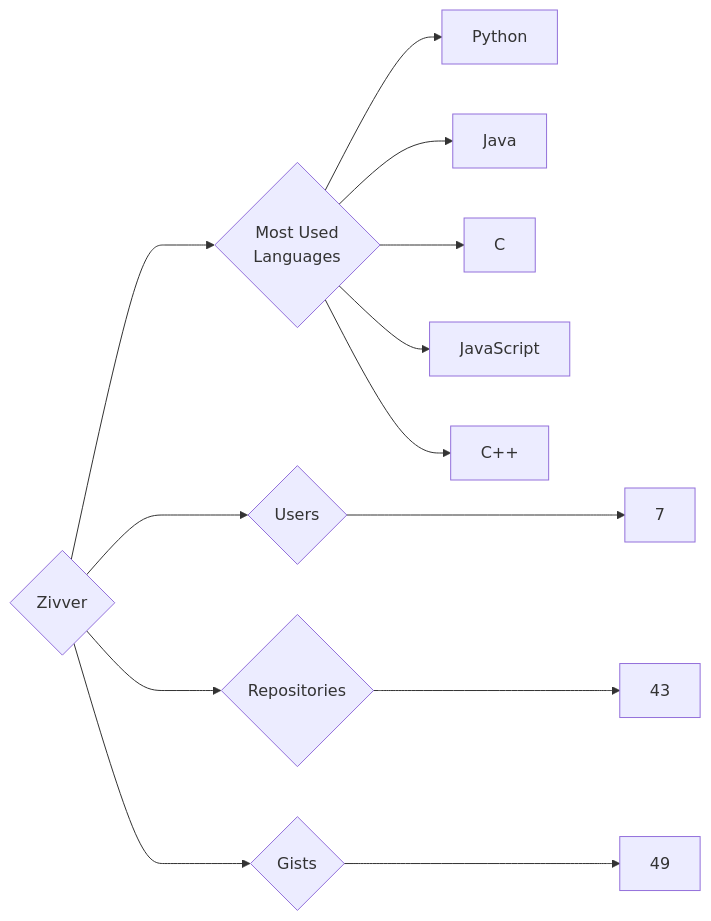
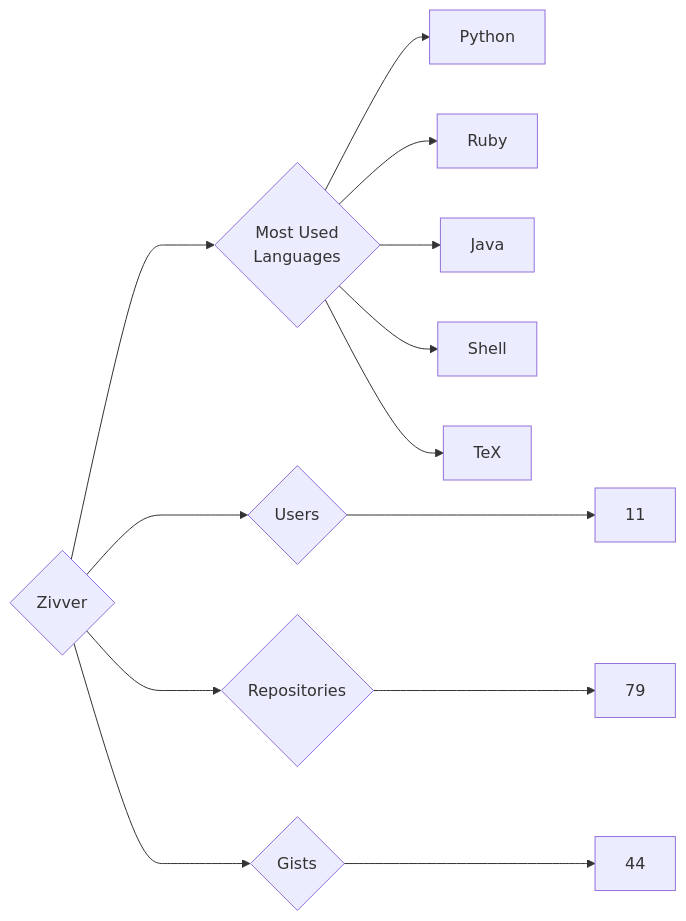
Before and after one commit to trickest/insiders: the diagram in targets/Zivver/README.md, drawn with Mermaid. The commit also changed 995 other files, not shown here.

````diff
--- a/targets/Zivver/README.md
+++ b/targets/Zivver/README.md
@@ -3,13 +3,13 @@
 ```mermaid
 graph LR
 COMPANY_NAME{Zivver}
-COMPANY_NAME ---> U{Users} ---> UN[7]
-COMPANY_NAME ---> R{Repositories} ---> RN[43]
-COMPANY_NAME ---> G{Gists} ---> GN[49]
+COMPANY_NAME ---> U{Users} ---> UN[11]
+COMPANY_NAME ---> R{Repositories} ---> RN[79]
+COMPANY_NAME ---> G{Gists} ---> GN[44]
 COMPANY_NAME ---> ML{Most Used<br>Languages}
 ML --> Python[Python]
+ML --> Ruby[Ruby]
 ML --> Java[Java]
-ML --> C[C]
-ML --> JavaScript[JavaScript]
-ML --> C++[C++]
+ML --> Shell[Shell]
+ML --> TeX[TeX]
 ```
````
